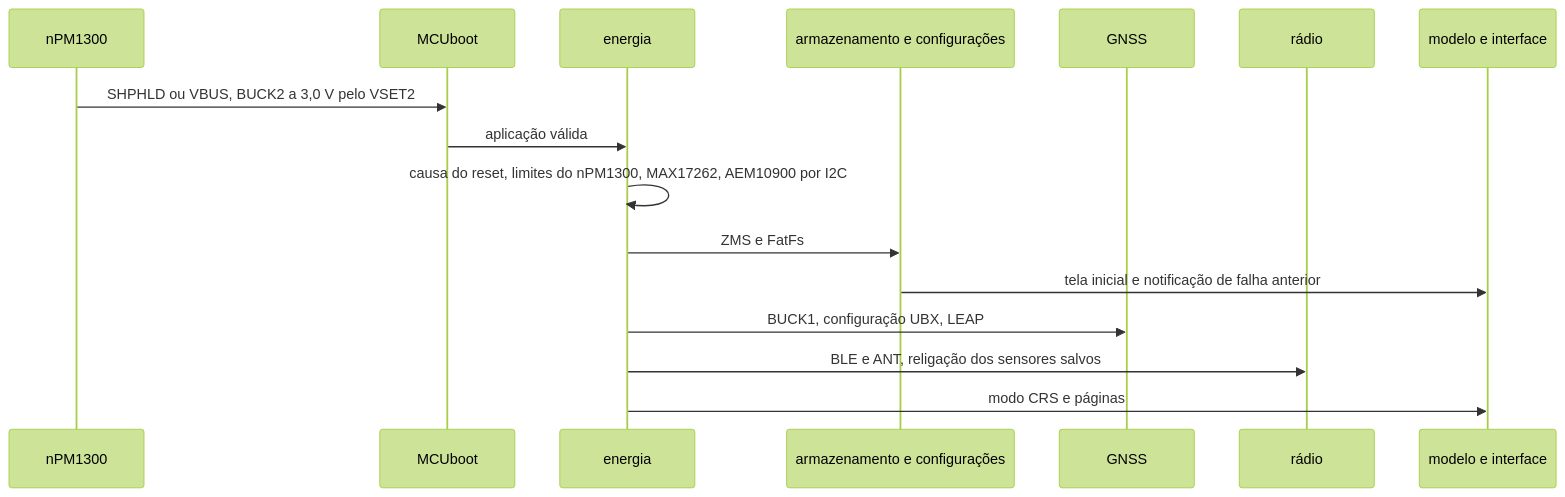
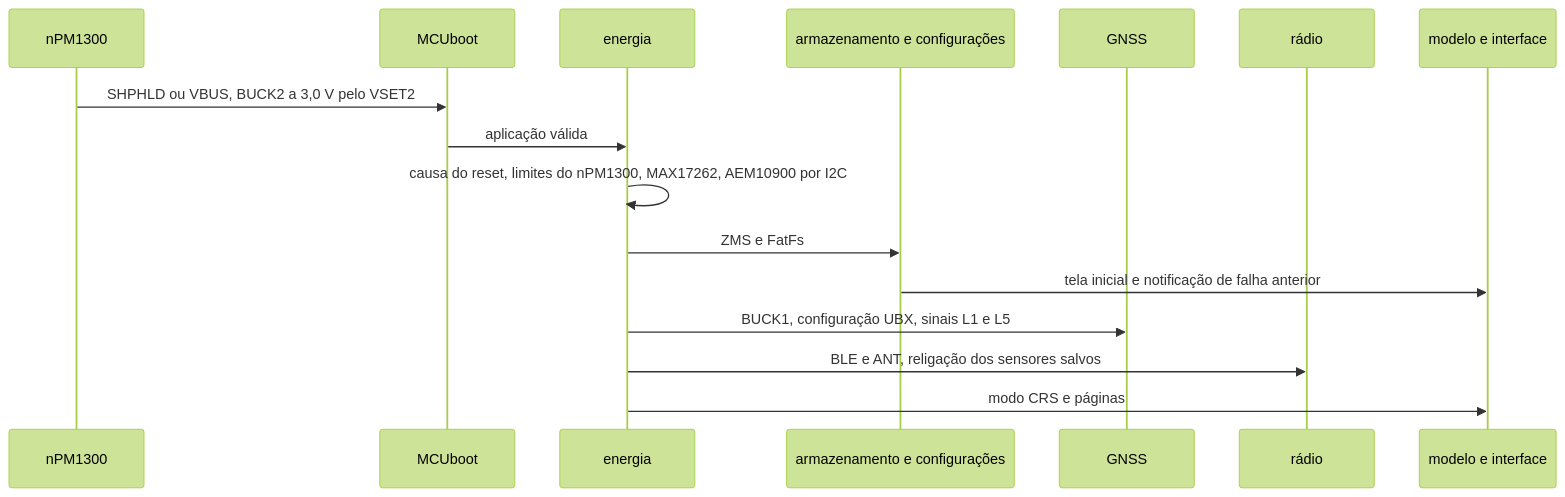
Diagram 11 of 13 in docs/16-arquitetura-firmware.md (Guiimartinho/gnss-bike-computer), drawn with Mermaid (forest theme) before and after one commit. The commit also changed other lines of this file and 23 other files, not shown here.

````diff
--- a/docs/16-arquitetura-firmware.md
+++ b/docs/16-arquitetura-firmware.md
@@ -349,18 +353,18 @@
 ```mermaid
 sequenceDiagram
     participant P as nPM1300
     participant B as MCUboot
     participant E as energia
     participant S as armazenamento e configurações
     participant G as GNSS
     participant R as rádio
     participant M as modelo e interface
     P->>B: SHPHLD ou VBUS, BUCK2 a 3,0 V pelo VSET2
     B->>E: aplicação válida
     E->>E: causa do reset, limites do nPM1300, MAX17262, AEM10900 por I2C
     E->>S: ZMS e FatFs
     S->>M: tela inicial e notificação de falha anterior
-    E->>G: BUCK1, configuração UBX, LEAP
+    E->>G: BUCK1, configuração UBX, sinais L1 e L5
     E->>R: BLE e ANT, religação dos sensores salvos
     E->>M: modo CRS e páginas
 ```
````
